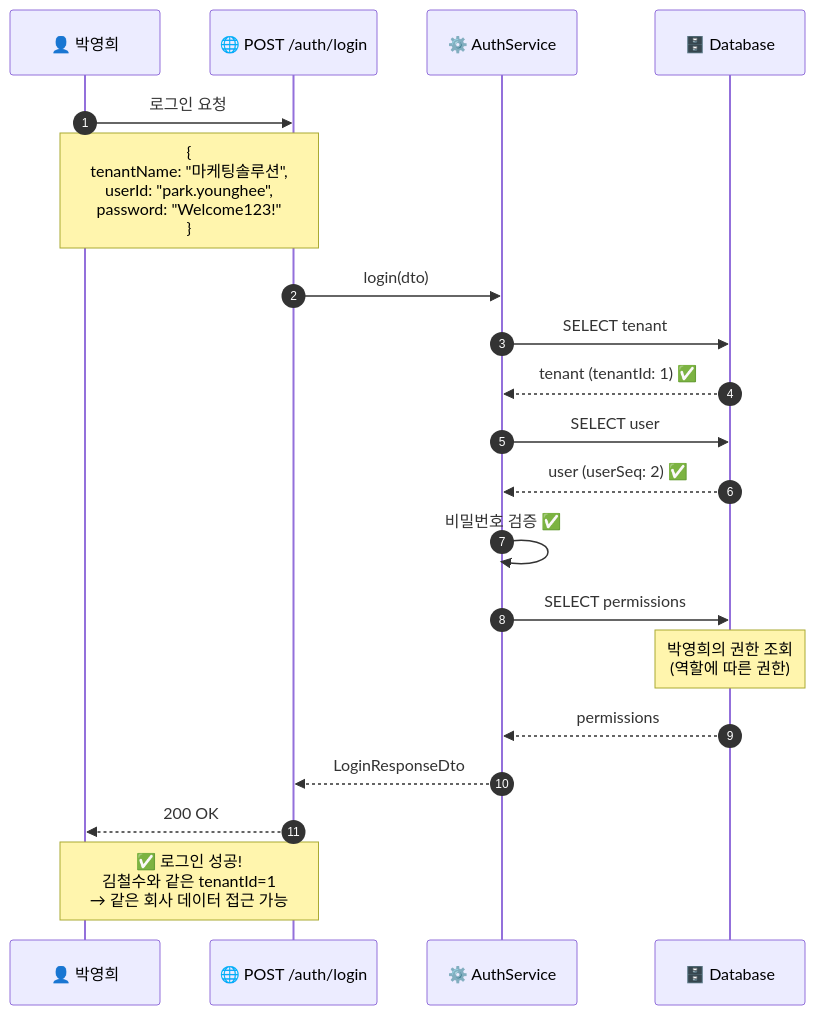
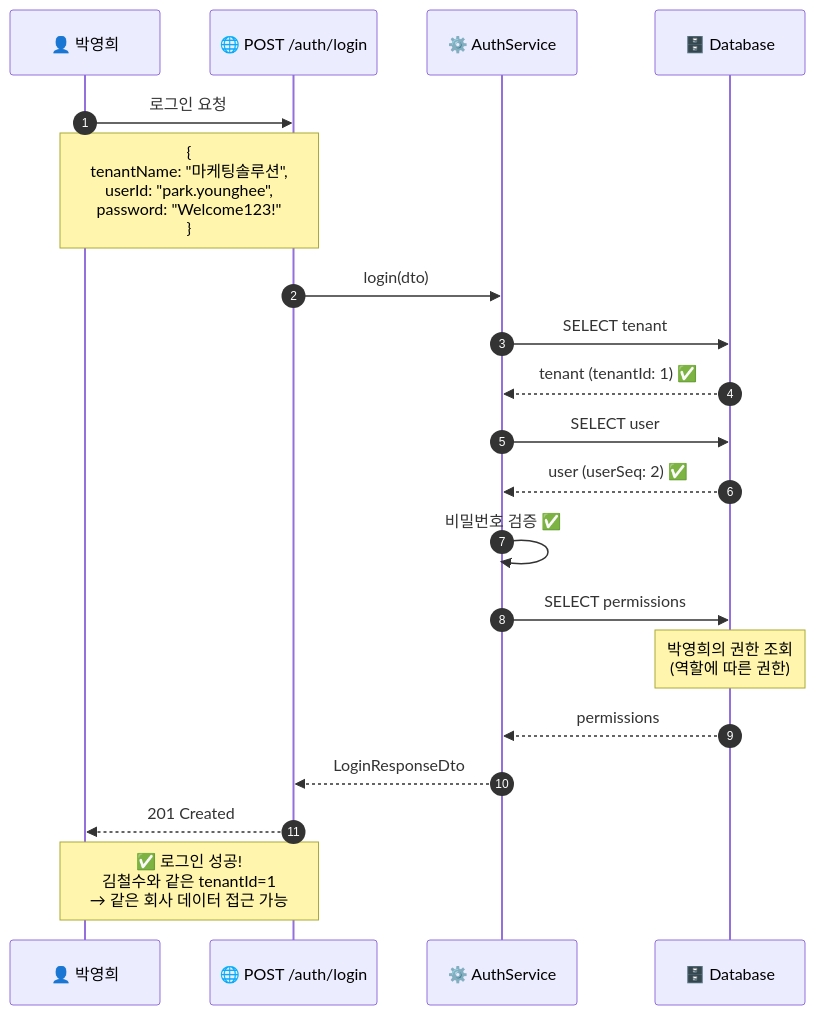
Before and after one commit to lee-sung-min405/flowdesk-admin-backend: diagram 11 of 53 in docs/user-flow.md, drawn with Mermaid. The commit also changed other lines of this file and 5 other files, not shown here.

````diff
--- a/docs/user-flow.md
+++ b/docs/user-flow.md
@@ -513,29 +513,29 @@
 ```mermaid
 sequenceDiagram
     autonumber
     participant Client as 👤 박영희
     participant API as 🌐 POST /auth/login
     participant Service as ⚙️ AuthService
     participant DB as 🗄️ Database
     
     Client->>API: 로그인 요청
     Note over Client,API: {<br/>  tenantName: "마케팅솔루션",<br/>  userId: "park.younghee",<br/>  password: "Welcome123!"<br/>}
     
     API->>Service: login(dto)
     
     Service->>DB: SELECT tenant
     DB-->>Service: tenant (tenantId: 1) ✅
     
     Service->>DB: SELECT user
     DB-->>Service: user (userSeq: 2) ✅
     
     Service->>Service: 비밀번호 검증 ✅
     
     Service->>DB: SELECT permissions
     Note over DB: 박영희의 권한 조회<br/>(역할에 따른 권한)
     DB-->>Service: permissions
     
     Service-->>API: LoginResponseDto
-    API-->>Client: 200 OK
+    API-->>Client: 201 Created
     Note over Client,API: ✅ 로그인 성공!<br/>김철수와 같은 tenantId=1<br/>→ 같은 회사 데이터 접근 가능
 ```
````
